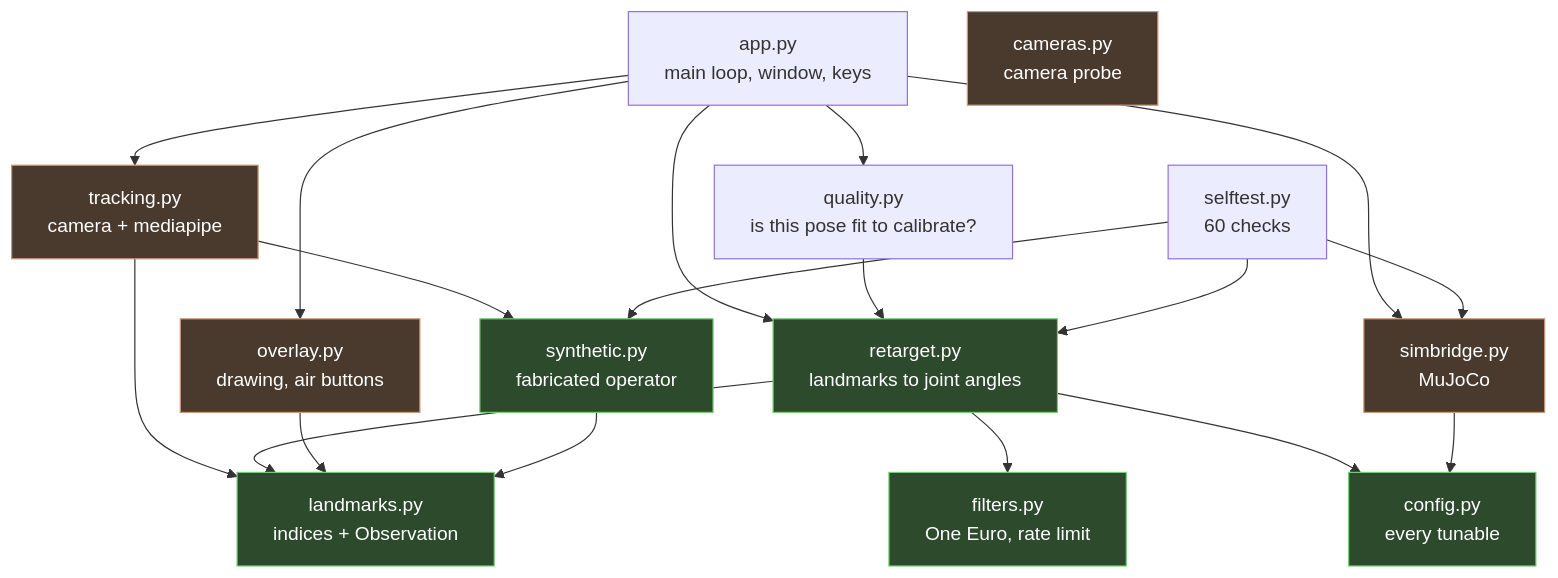
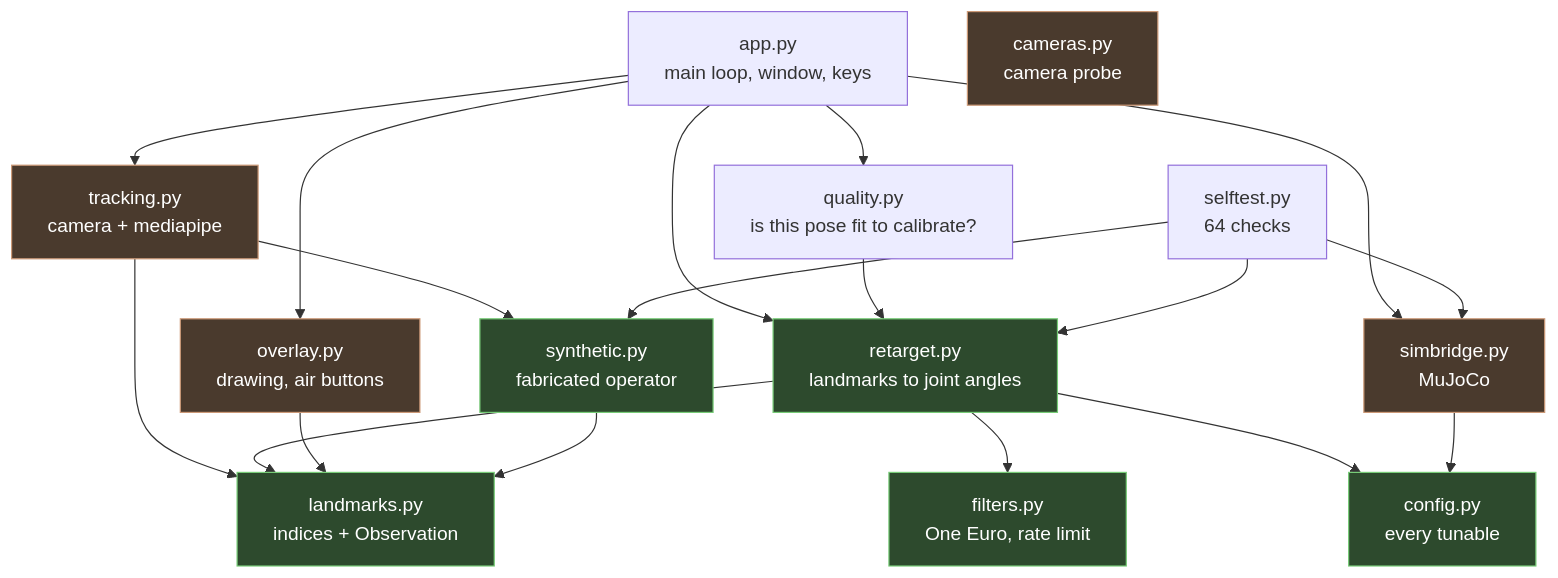
Before and after one commit to shubhamt2897/mujoco-supermarket-sim-asset-dc: the diagram in teleop/ARCHITECTURE.md, drawn with Mermaid. The commit also changed other lines of this file and 22 other files, not shown here.

````diff
--- a/teleop/ARCHITECTURE.md
+++ b/teleop/ARCHITECTURE.md
@@ -28,38 +28,38 @@
 ```mermaid
 graph TD
     app[app.py<br/>main loop, window, keys]
     tracking[tracking.py<br/>camera + mediapipe]
     retarget[retarget.py<br/>landmarks to joint angles]
     simbridge[simbridge.py<br/>MuJoCo]
     overlay[overlay.py<br/>drawing, air buttons]
     quality[quality.py<br/>is this pose fit to calibrate?]
     synthetic[synthetic.py<br/>fabricated operator]
-    selftest[selftest.py<br/>60 checks]
+    selftest[selftest.py<br/>64 checks]
     cameras[cameras.py<br/>camera probe]
     landmarks[landmarks.py<br/>indices + Observation]
     filters[filters.py<br/>One Euro, rate limit]
     config[config.py<br/>every tunable]
 
     app --> tracking
     app --> retarget
     app --> simbridge
     app --> overlay
     app --> quality
     tracking --> landmarks
     tracking --> synthetic
     retarget --> landmarks
     retarget --> filters
     retarget --> config
     quality --> retarget
     overlay --> landmarks
     synthetic --> landmarks
     selftest --> retarget
     selftest --> synthetic
     selftest --> simbridge
     simbridge --> config
 
     classDef pure fill:#2d4a2d,stroke:#7c7,color:#fff
     classDef heavy fill:#4a3a2d,stroke:#c97,color:#fff
     class retarget,filters,landmarks,config,synthetic pure
     class tracking,simbridge,overlay,cameras heavy
 ```
````
